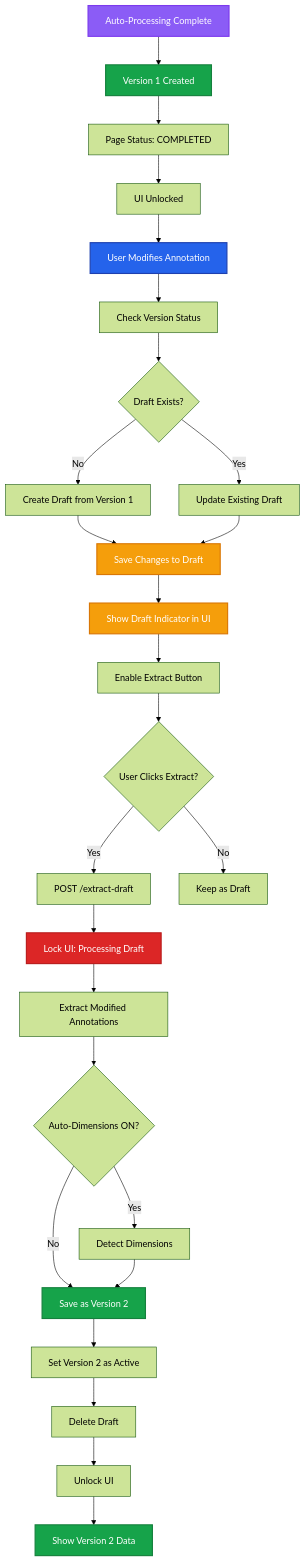
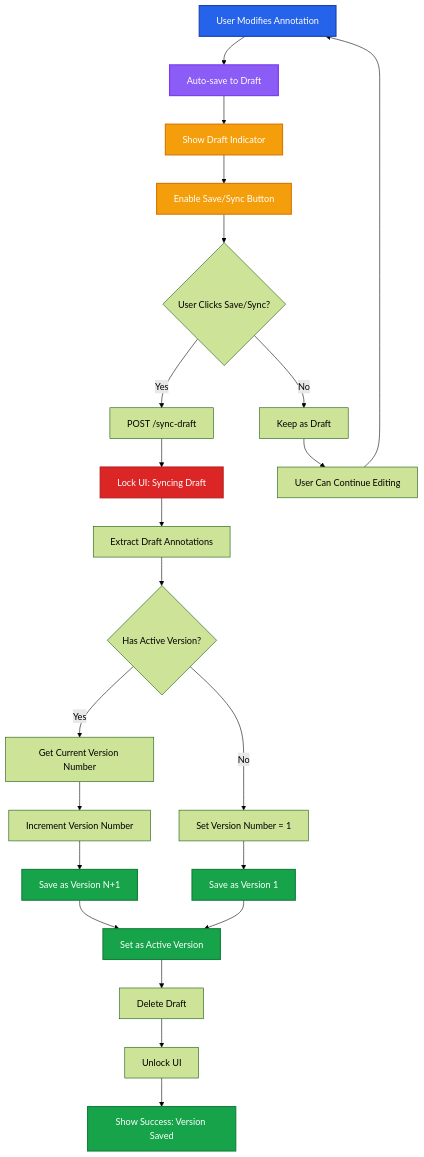
The third of 6 diagrams in content/v3-iteration/user-control-flow.mdx (coffeeinc-in/adeos-fe-docs), drawn with Mermaid (forest theme) before and after one commit. The commit also changed other lines of this file, not shown here.

Commit message:
user-control-flow updated with dimensions extraction flow.

````diff
--- a/content/v3-iteration/user-control-flow.mdx
+++ b/content/v3-iteration/user-control-flow.mdx
@@ -351,42 +420,40 @@
 ```mermaid
 graph TD
-    A[Auto-Processing Complete] --> B[Version 1 Created]
-    B --> C[Page Status: COMPLETED]
-    C --> D[UI Unlocked]
+    A[User Modifies Annotation] --> B[Auto-save to Draft]
+    B --> C[Show Draft Indicator]
+    C --> D[Enable Save/Sync Button]
 
-    D --> E[User Modifies Annotation]
-    E --> F[Check Version Status]
-    F --> G{Draft Exists?}
+    D --> E{User Clicks Save/Sync?}
+    E -->|Yes| F[POST /sync-draft]
+    E -->|No| G[Keep as Draft]
 
-    G -->|No| H[Create Draft from Version 1]
-    G -->|Yes| I[Update Existing Draft]
+    F --> H[Lock UI: Syncing Draft]
+    H --> I[Extract Draft Annotations]
+    I --> J{Has Active Version?}
 
-    H --> J[Save Changes to Draft]
-    I --> J
-    J --> K[Show Draft Indicator in UI]
-    K --> L[Enable Extract Button]
+    J -->|Yes| K[Get Current Version Number]
+    J -->|No| L[Set Version Number = 1]
 
-    L --> M{User Clicks Extract?}
-    M -->|Yes| N[POST /extract-draft]
-    M -->|No| O[Keep as Draft]
+    K --> M[Increment Version Number]
+    M --> N[Save as Version N+1]
+    L --> O[Save as Version 1]
 
-    N --> P[Lock UI: Processing Draft]
-    P --> Q[Extract Modified Annotations]
-    Q --> R{Auto-Dimensions ON?}
-    R -->|Yes| S[Detect Dimensions]
-    R -->|No| T[Save as Version 2]
-    S --> T
-    T --> U[Set Version 2 as Active]
-    U --> V[Delete Draft]
-    V --> W[Unlock UI]
-    W --> X[Show Version 2 Data]
+    N --> P[Set as Active Version]
+    O --> P
+    P --> Q[Delete Draft]
+    Q --> R[Unlock UI]
+    R --> S[Show Success: Version Saved]
 
-    style A fill:#8b5cf6,stroke:#7c3aed,stroke-width:2px,color:#fff
-    style B fill:#16a34a,stroke:#15803d,stroke-width:2px,color:#fff
-    style E fill:#2563eb,stroke:#1e40af,stroke-width:2px,color:#fff
-    style J fill:#f59e0b,stroke:#d97706,stroke-width:2px,color:#fff
-    style K fill:#f59e0b,stroke:#d97706,stroke-width:2px,color:#fff
-    style P fill:#dc2626,stroke:#b91c1c,stroke-width:2px,color:#fff
-    style T fill:#16a34a,stroke:#15803d,stroke-width:2px,color:#fff
-    style X fill:#16a34a,stroke:#15803d,stroke-width:2px,color:#fff
+    G --> T[User Can Continue Editing]
+    T --> A
+
+    style A fill:#2563eb,stroke:#1e40af,stroke-width:2px,color:#fff
+    style B fill:#8b5cf6,stroke:#7c3aed,stroke-width:2px,color:#fff
+    style C fill:#f59e0b,stroke:#d97706,stroke-width:2px,color:#fff
+    style D fill:#f59e0b,stroke:#d97706,stroke-width:2px,color:#fff
+    style H fill:#dc2626,stroke:#b91c1c,stroke-width:2px,color:#fff
+    style N fill:#16a34a,stroke:#15803d,stroke-width:2px,color:#fff
+    style O fill:#16a34a,stroke:#15803d,stroke-width:2px,color:#fff
+    style P fill:#16a34a,stroke:#15803d,stroke-width:2px,color:#fff
+    style S fill:#16a34a,stroke:#15803d,stroke-width:2px,color:#fff
 ```
````
